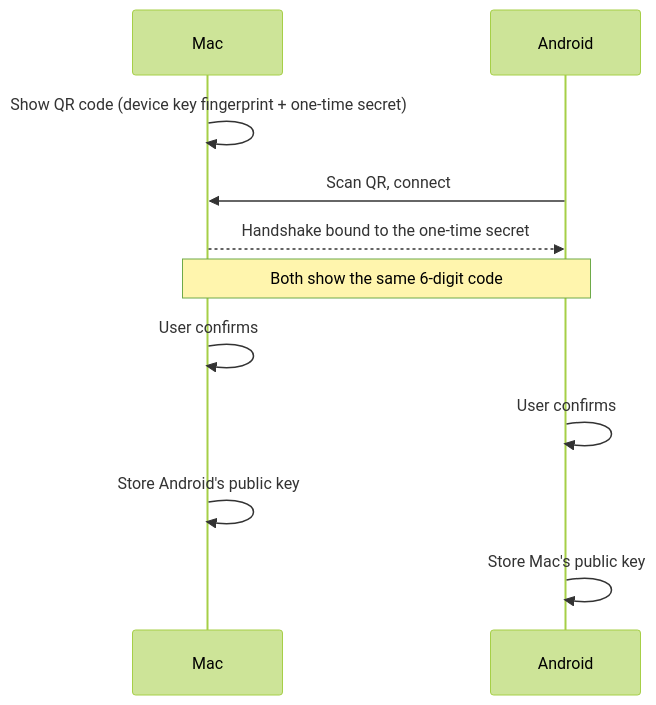
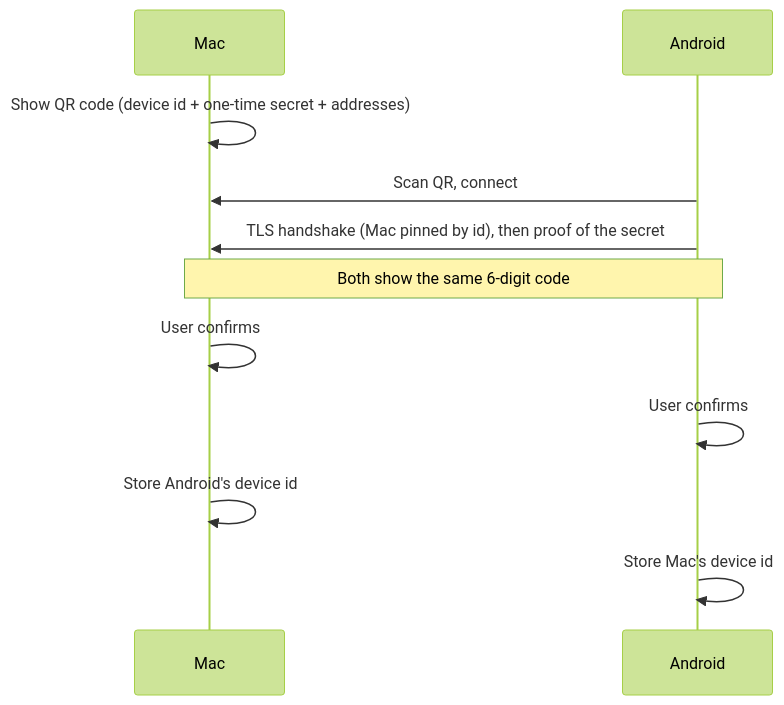
Before and after one commit to SerhanEnsar/ecosystem-connector: the second of 2 diagrams in docs/ARCHITECTURE.md, drawn with Mermaid (forest theme). The commit also changed other lines of this file and 28 other files, not shown here.

````diff
--- a/docs/ARCHITECTURE.md
+++ b/docs/ARCHITECTURE.md
@@ -56,13 +59,13 @@
 ```mermaid
 sequenceDiagram
     participant M as Mac
     participant A as Android
-    M->>M: Show QR code (device key fingerprint + one-time secret)
+    M->>M: Show QR code (device id + one-time secret + addresses)
     A->>M: Scan QR, connect
-    M-->>A: Handshake bound to the one-time secret
+    A->>M: TLS handshake (Mac pinned by id), then proof of the secret
     Note over M,A: Both show the same 6-digit code
     M->>M: User confirms
     A->>A: User confirms
-    M->>M: Store Android's public key
-    A->>A: Store Mac's public key
+    M->>M: Store Android's device id
+    A->>A: Store Mac's device id
 ```
````
